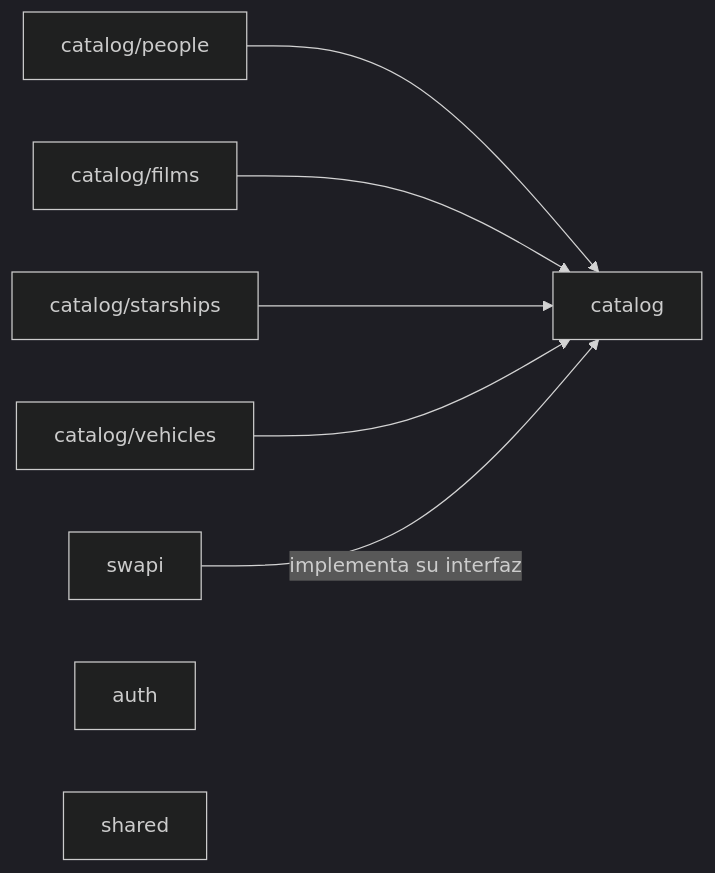
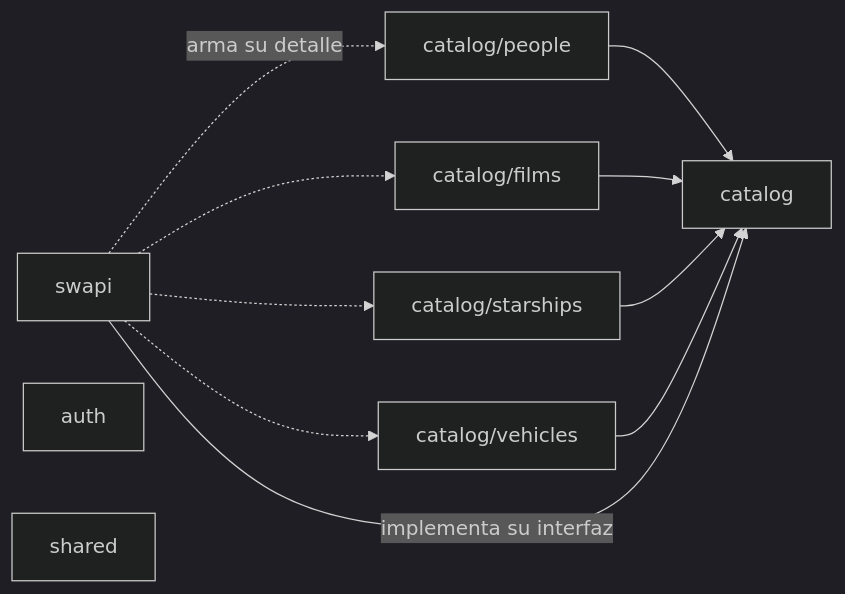
One commit to erickvaernet/conexa-star-wars-challenge changed the first of 2 diagrams in docs/ARCHITECTURE.md. Above: the diagram before and after it, drawn with Mermaid (dark theme). The commit also changed other lines of this file and 40 other files, not shown here.

````diff
--- a/docs/ARCHITECTURE.md
+++ b/docs/ARCHITECTURE.md
@@ -43,10 +43,14 @@
 ```mermaid
 flowchart LR
     people[catalog/people] --> catalog
     films[catalog/films] --> catalog
     starships[catalog/starships] --> catalog
     vehicles[catalog/vehicles] --> catalog
     swapi -->|implementa su interfaz| catalog
+    swapi -.->|arma su detalle| people
+    swapi -.-> films
+    swapi -.-> starships
+    swapi -.-> vehicles
     auth
     shared
 ```
````
